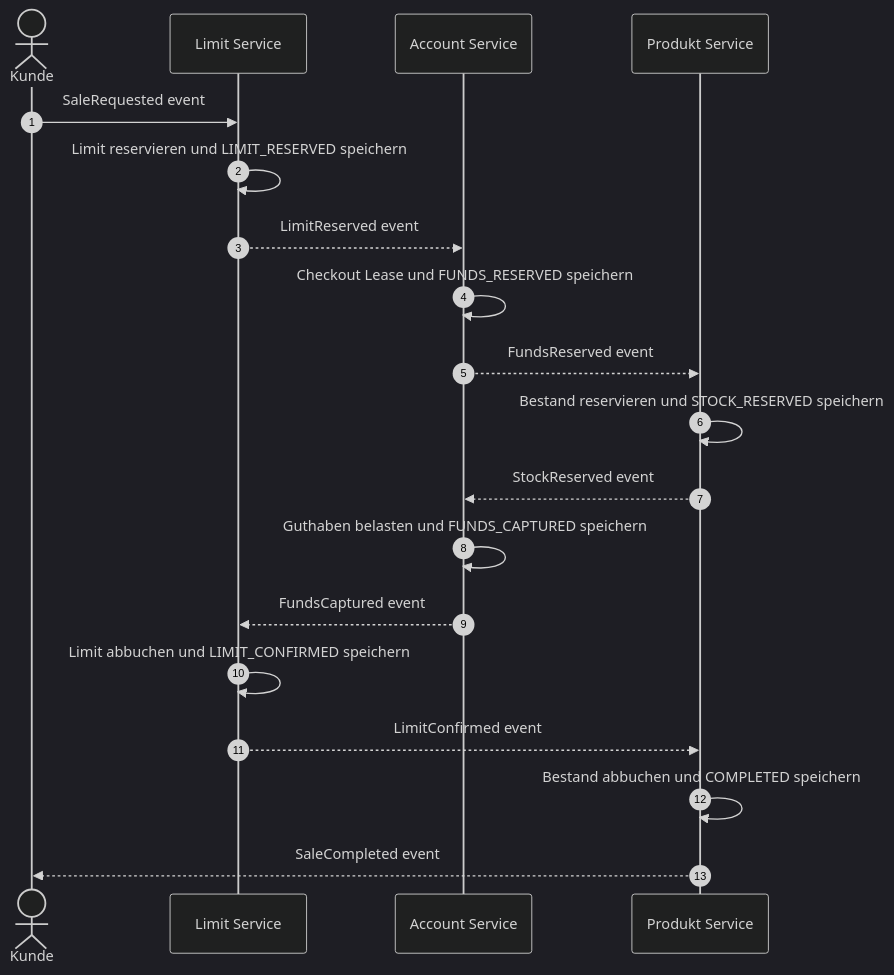
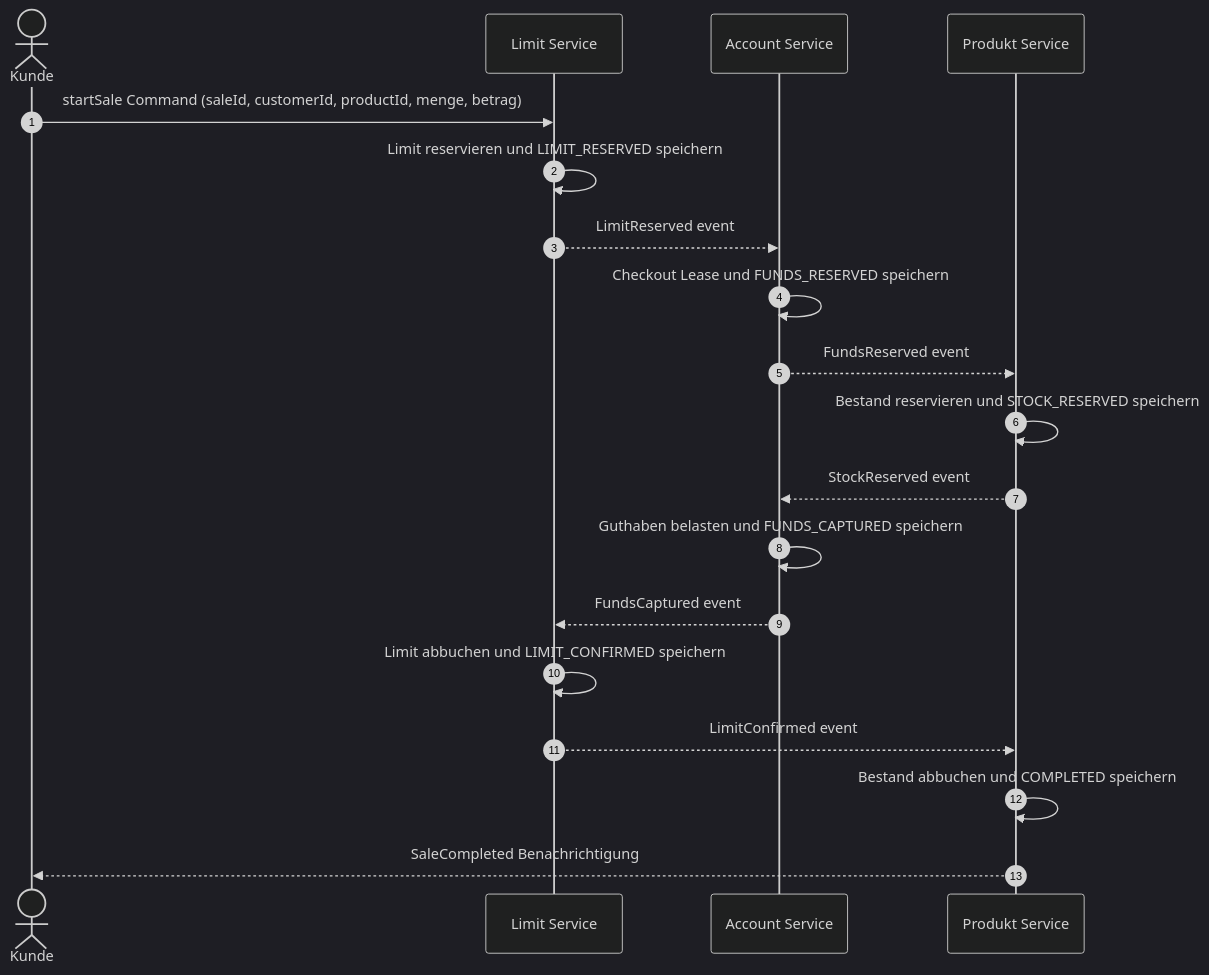
One commit to Adrian-Hansen-dev/second-hand-ticket-app changed diagram 16 of 28 in abgabe_projekt_2.md. Above: the diagram before and after it, drawn with Mermaid (dark theme). The commit also changed other lines of this file, not shown here.

````diff
--- a/abgabe_projekt_2.md
+++ b/abgabe_projekt_2.md
@@ -493,22 +515,22 @@
 ```mermaid
 sequenceDiagram
     autonumber
     actor Kunde
     participant LS as Limit Service
     participant AS as Account Service
     participant PS as Produkt Service
 
-    Kunde->>LS: SaleRequested event
+    Kunde->>LS: startSale Command (saleId, customerId, productId, menge, betrag)
     LS->>LS: Limit reservieren und LIMIT_RESERVED speichern
     LS-->>AS: LimitReserved event
     AS->>AS: Checkout Lease und FUNDS_RESERVED speichern
     AS-->>PS: FundsReserved event
     PS->>PS: Bestand reservieren und STOCK_RESERVED speichern
     PS-->>AS: StockReserved event
     AS->>AS: Guthaben belasten und FUNDS_CAPTURED speichern
     AS-->>LS: FundsCaptured event
     LS->>LS: Limit abbuchen und LIMIT_CONFIRMED speichern
     LS-->>PS: LimitConfirmed event
     PS->>PS: Bestand abbuchen und COMPLETED speichern
-    PS-->>Kunde: SaleCompleted event
+    PS-->>Kunde: SaleCompleted Benachrichtigung
 ```
````
